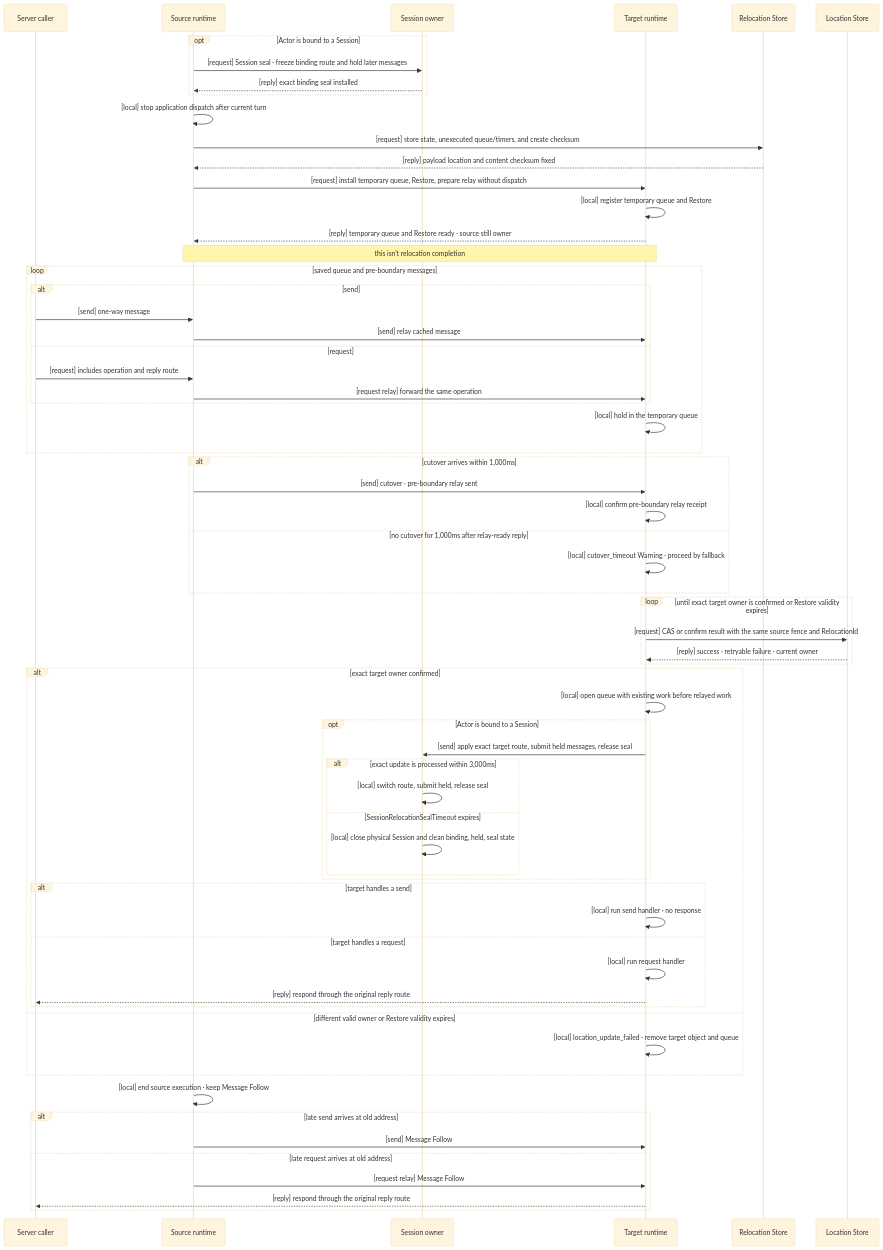
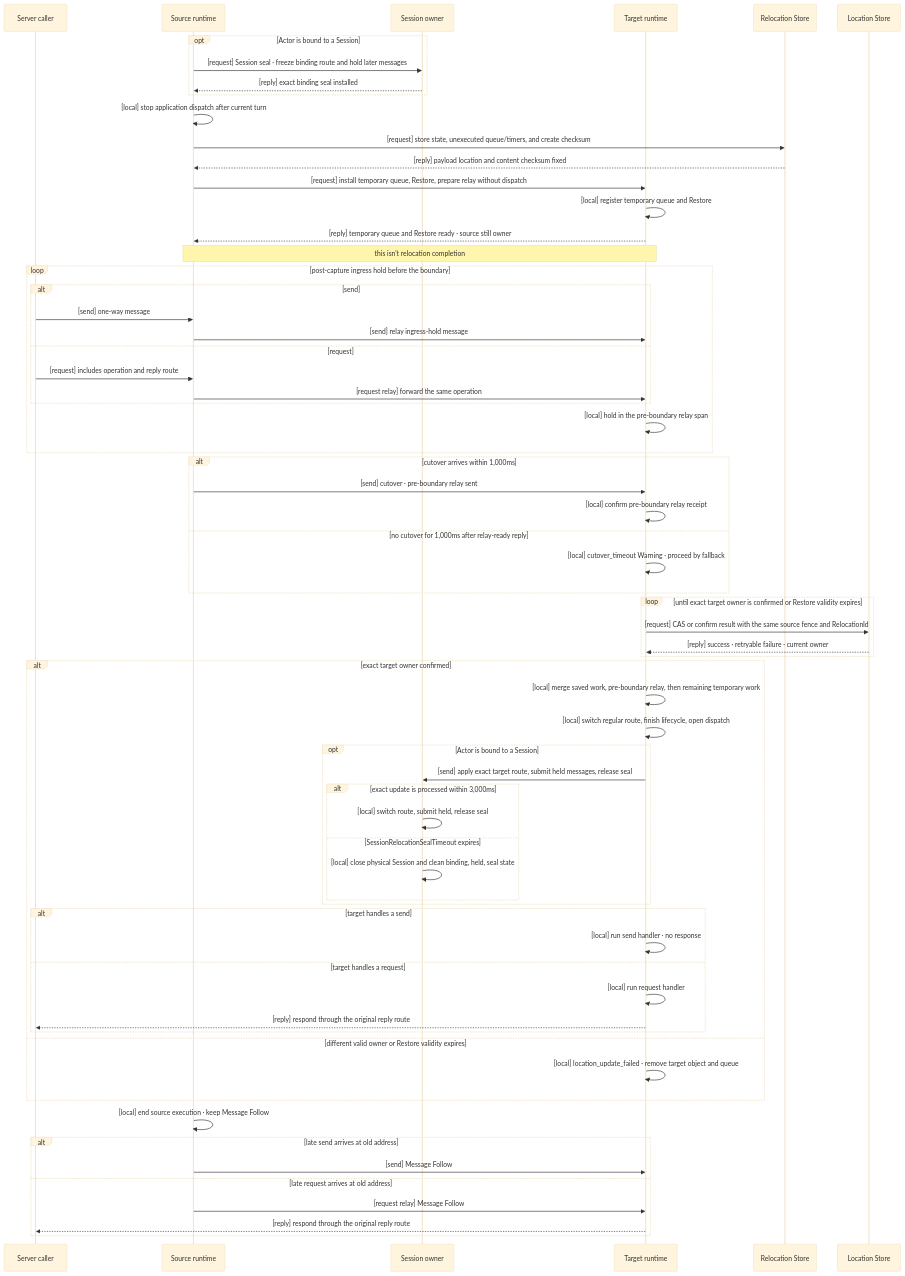
The diagram in framework/doc/framework/common/spec/28-relocation-flow.en.md (zlink-systems/zlink), drawn with Mermaid (base theme) before and after one commit. The commit also changed other lines of this file and 293 other files, not shown here.

````diff
--- a/framework/doc/framework/common/spec/28-relocation-flow.en.md
+++ b/framework/doc/framework/common/spec/28-relocation-flow.en.md
@@ -227,67 +270,68 @@
 ```mermaid
 sequenceDiagram
     participant C as Server caller
     participant A as Source runtime
     participant S as Session owner
     participant B as Target runtime
     participant R as Relocation Store
     participant L as Location Store
 
     opt Actor is bound to a Session
         A->>S: [request] Session seal · freeze binding route and hold later messages
         S-->>A: [reply] exact binding seal installed
     end
     A->>A: [local] stop application dispatch after current turn
     A->>R: [request] store state, unexecuted queue/timers, and create checksum
     R-->>A: [reply] payload location and content checksum fixed
     A->>B: [request] install temporary queue, Restore, prepare relay without dispatch
     B->>B: [local] register temporary queue and Restore
     B-->>A: [reply] temporary queue and Restore ready · source still owner
     Note over A,B: this isn't relocation completion
-    loop saved queue and pre-boundary messages
+    loop post-capture ingress hold before the boundary
         alt send
             C->>A: [send] one-way message
-            A->>B: [send] relay cached message
+            A->>B: [send] relay ingress-hold message
         else request
             C->>A: [request] includes operation and reply route
             A->>B: [request relay] forward the same operation
         end
-        B->>B: [local] hold in the temporary queue
+        B->>B: [local] hold in the pre-boundary relay span
     end
     alt cutover arrives within 1,000ms
         A->>B: [send] cutover · pre-boundary relay sent
         B->>B: [local] confirm pre-boundary relay receipt
     else no cutover for 1,000ms after relay-ready reply
         B->>B: [local] cutover_timeout Warning · proceed by fallback
     end
     loop until exact target owner is confirmed or Restore validity expires
         B->>L: [request] CAS or confirm result with the same source fence and RelocationId
         L-->>B: [reply] success · retryable failure · current owner
     end
     alt exact target owner confirmed
-        B->>B: [local] open queue with existing work before relayed work
+        B->>B: [local] merge saved work, pre-boundary relay, then remaining temporary work
+        B->>B: [local] switch regular route, finish lifecycle, open dispatch
         opt Actor is bound to a Session
             B->>S: [send] apply exact target route, submit held messages, release seal
             alt exact update is processed within 3,000ms
                 S->>S: [local] switch route, submit held, release seal
             else SessionRelocationSealTimeout expires
                 S->>S: [local] close physical Session and clean binding, held, seal state
             end
         end
         alt target handles a send
             B->>B: [local] run send handler · no response
         else target handles a request
             B->>B: [local] run request handler
             B-->>C: [reply] respond through the original reply route
         end
     else different valid owner or Restore validity expires
         B->>B: [local] location_update_failed · remove target object and queue
     end
     A->>A: [local] end source execution · keep Message Follow
     alt late send arrives at old address
         A->>B: [send] Message Follow
     else late request arrives at old address
         A->>B: [request relay] Message Follow
         B-->>C: [reply] respond through the original reply route
     end
 ```
````
